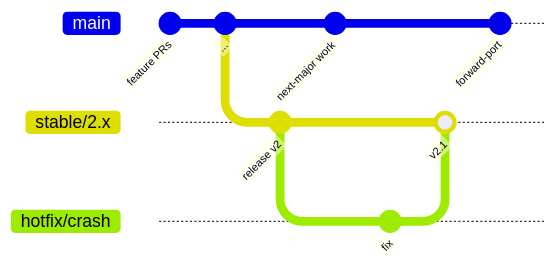
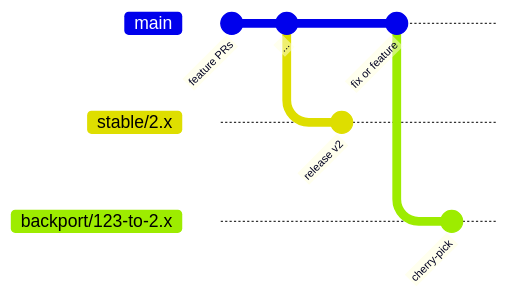
Before and after one commit to WxboySuper/Graphical-Forecast-Creator: the first of 2 diagrams in docs/guide/04-shipping-code.md, drawn with Mermaid. The commit also changed other lines of this file and 9 other files, not shown here.

````diff
--- a/docs/guide/04-shipping-code.md
+++ b/docs/guide/04-shipping-code.md
@@ -7,16 +7,11 @@
 ```mermaid
 gitGraph
   commit id: "feature PRs"
   commit id: "..."
   branch stable/2.x
   commit id: "release v2"
   checkout main
-  commit id: "next-major work"
-  checkout stable/2.x
-  branch hotfix/crash
-  commit id: "fix"
-  checkout stable/2.x
-  merge hotfix/crash id: "v2.1"
-  checkout main
-  commit id: "forward-port"
+  commit id: "fix or feature"
+  branch backport/123-to-2.x
+  commit id: "cherry-pick"
 ```
````
